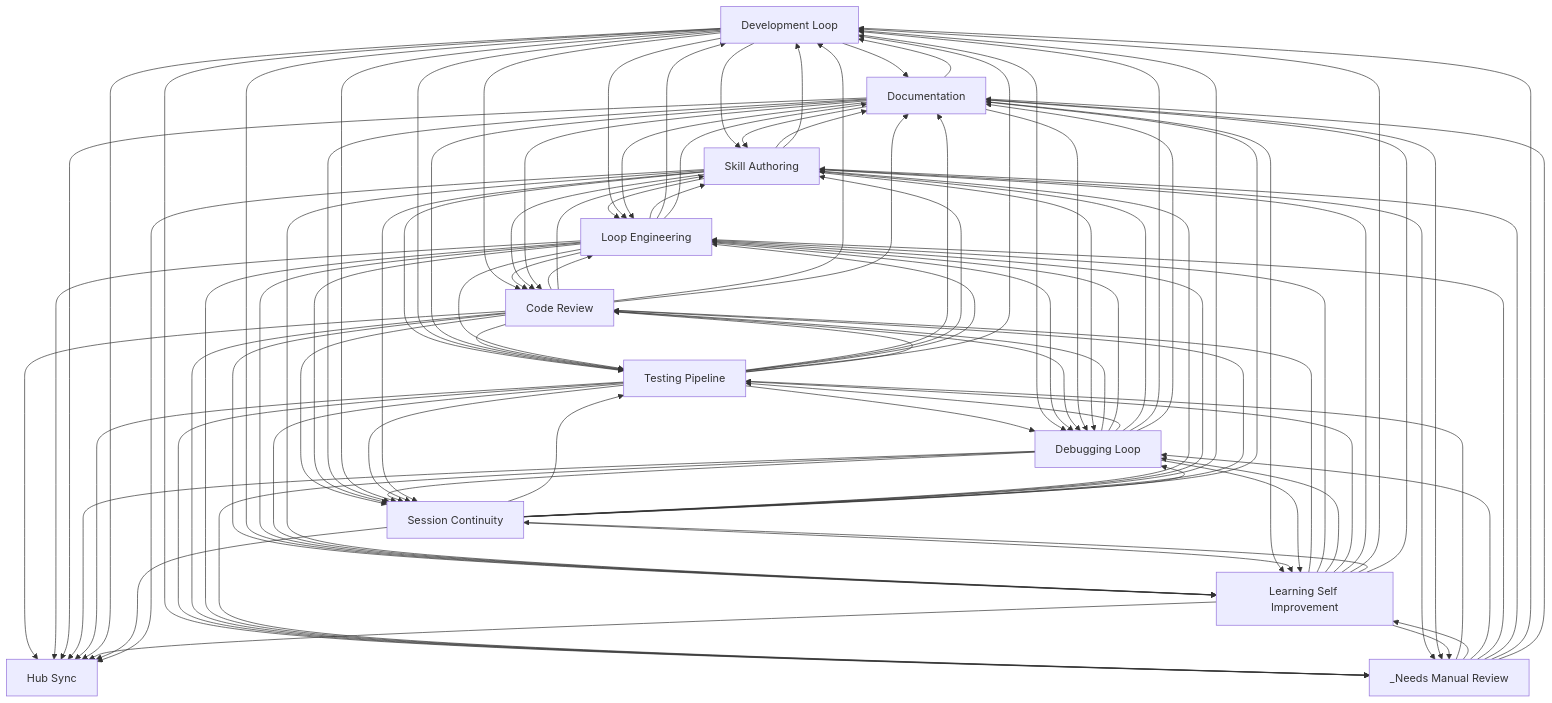
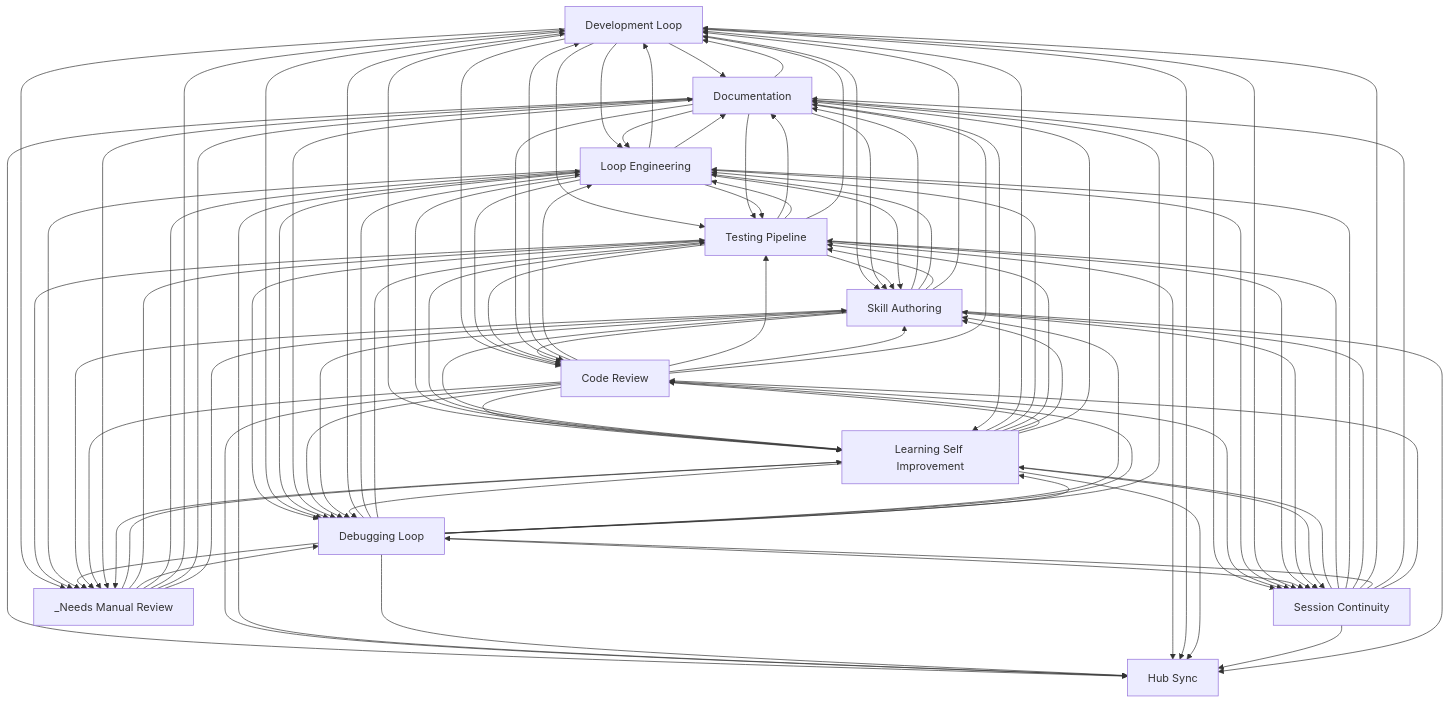
One commit to abhayla/claude-best-practices changed the diagram in docs/workflows/INDEX.md. Above: the diagram before and after it, drawn with Mermaid. The commit also changed other lines of this file and 14 other files, not shown here.

````diff
--- a/docs/workflows/INDEX.md
+++ b/docs/workflows/INDEX.md
@@ -33,100 +33,100 @@
     documentation[Documentation]
     hub_sync[Hub Sync]
     _needs_manual_review[_Needs Manual Review]
-    skill_authoring --> documentation
     development_loop --> documentation
     testing_pipeline --> documentation
+    skill_authoring --> documentation
+    development_loop --> loop_engineering
+    development_loop --> testing_pipeline
+    development_loop --> skill_authoring
+    documentation --> loop_engineering
+    documentation --> testing_pipeline
+    documentation --> skill_authoring
+    testing_pipeline --> loop_engineering
+    testing_pipeline --> skill_authoring
     skill_authoring --> loop_engineering
     skill_authoring --> testing_pipeline
-    development_loop --> skill_authoring
-    development_loop --> loop_engineering
-    development_loop --> testing_pipeline
-    testing_pipeline --> skill_authoring
-    testing_pipeline --> loop_engineering
-    documentation --> skill_authoring
-    documentation --> loop_engineering
-    documentation --> testing_pipeline
+    development_loop --> code_review
+    code_review --> development_loop
     code_review --> loop_engineering
     code_review --> testing_pipeline
     code_review --> skill_authoring
-    code_review --> development_loop
-    development_loop --> code_review
-    loop_engineering --> code_review
+    loop_engineering --> development_loop
     loop_engineering --> testing_pipeline
     loop_engineering --> skill_authoring
-    loop_engineering --> development_loop
+    loop_engineering --> code_review
+    development_loop --> learning_self_improvement
     code_review --> learning_self_improvement
-    development_loop --> learning_self_improvement
     loop_engineering --> learning_self_improvement
     testing_pipeline --> development_loop
     testing_pipeline --> debugging_loop
     testing_pipeline --> code_review
-    debugging_loop --> code_review
+    debugging_loop --> development_loop
     debugging_loop --> loop_engineering
     debugging_loop --> testing_pipeline
     debugging_loop --> skill_authoring
-    debugging_loop --> development_loop
+    debugging_loop --> code_review
     development_loop --> debugging_loop
     documentation --> development_loop
     loop_engineering --> debugging_loop
     loop_engineering --> documentation
+    skill_authoring --> development_loop
     skill_authoring --> code_review
-    skill_authoring --> development_loop
     testing_pipeline --> learning_self_improvement
     skill_authoring --> learning_self_improvement
     development_loop --> _needs_manual_review
     testing_pipeline --> _needs_manual_review
+    documentation --> debugging_loop
+    documentation --> code_review
     code_review --> debugging_loop
-    documentation --> code_review
-    documentation --> debugging_loop
+    documentation --> learning_self_improvement
+    documentation --> session_continuity
+    documentation --> hub_sync
+    code_review --> session_continuity
+    code_review --> documentation
     code_review --> hub_sync
-    code_review --> documentation
-    code_review --> session_continuity
+    loop_engineering --> session_continuity
     loop_engineering --> hub_sync
-    loop_engineering --> session_continuity
-    documentation --> hub_sync
-    documentation --> session_continuity
-    documentation --> learning_self_improvement
+    session_continuity --> learning_self_improvement
     session_continuity --> testing_pipeline
-    session_continuity --> learning_self_improvement
     development_loop --> session_continuity
+    _needs_manual_review --> learning_self_improvement
     _needs_manual_review --> testing_pipeline
-    _needs_manual_review --> learning_self_improvement
+    debugging_loop --> learning_self_improvement
     debugging_loop --> session_continuity
-    debugging_loop --> learning_self_improvement
     testing_pipeline --> session_continuity
+    debugging_loop --> documentation
     debugging_loop --> hub_sync
-    debugging_loop --> documentation
     testing_pipeline --> hub_sync
     development_loop --> hub_sync
     skill_authoring --> session_continuity
     skill_authoring --> debugging_loop
     _needs_manual_review --> debugging_loop
     _needs_manual_review --> loop_engineering
+    learning_self_improvement --> development_loop
+    learning_self_improvement --> loop_engineering
+    learning_self_improvement --> testing_pipeline
+    learning_self_improvement --> debugging_loop
+    learning_self_improvement --> skill_authoring
     learning_self_improvement --> code_review
-    learning_self_improvement --> loop_engineering
-    learning_self_improvement --> debugging_loop
-    learning_self_improvement --> testing_pipeline
-    learning_self_improvement --> skill_authoring
-    learning_self_improvement --> development_loop
-    code_review --> _needs_manual_review
     loop_engineering --> _needs_manual_review
     debugging_loop --> _needs_manual_review
     skill_authoring --> _needs_manual_review
-    _needs_manual_review --> skill_authoring
+    code_review --> _needs_manual_review
     _needs_manual_review --> development_loop
     _needs_manual_review --> documentation
+    _needs_manual_review --> skill_authoring
     learning_self_improvement --> session_continuity
     documentation --> _needs_manual_review
+    session_continuity --> loop_engineering
     session_continuity --> skill_authoring
-    session_continuity --> loop_engineering
+    learning_self_improvement --> documentation
     learning_self_improvement --> hub_sync
-    learning_self_improvement --> documentation
     session_continuity --> development_loop
     session_continuity --> debugging_loop
+    session_continuity --> documentation
     session_continuity --> hub_sync
     session_continuity --> code_review
-    session_continuity --> documentation
     skill_authoring --> hub_sync
     learning_self_improvement --> _needs_manual_review
 ```
````
